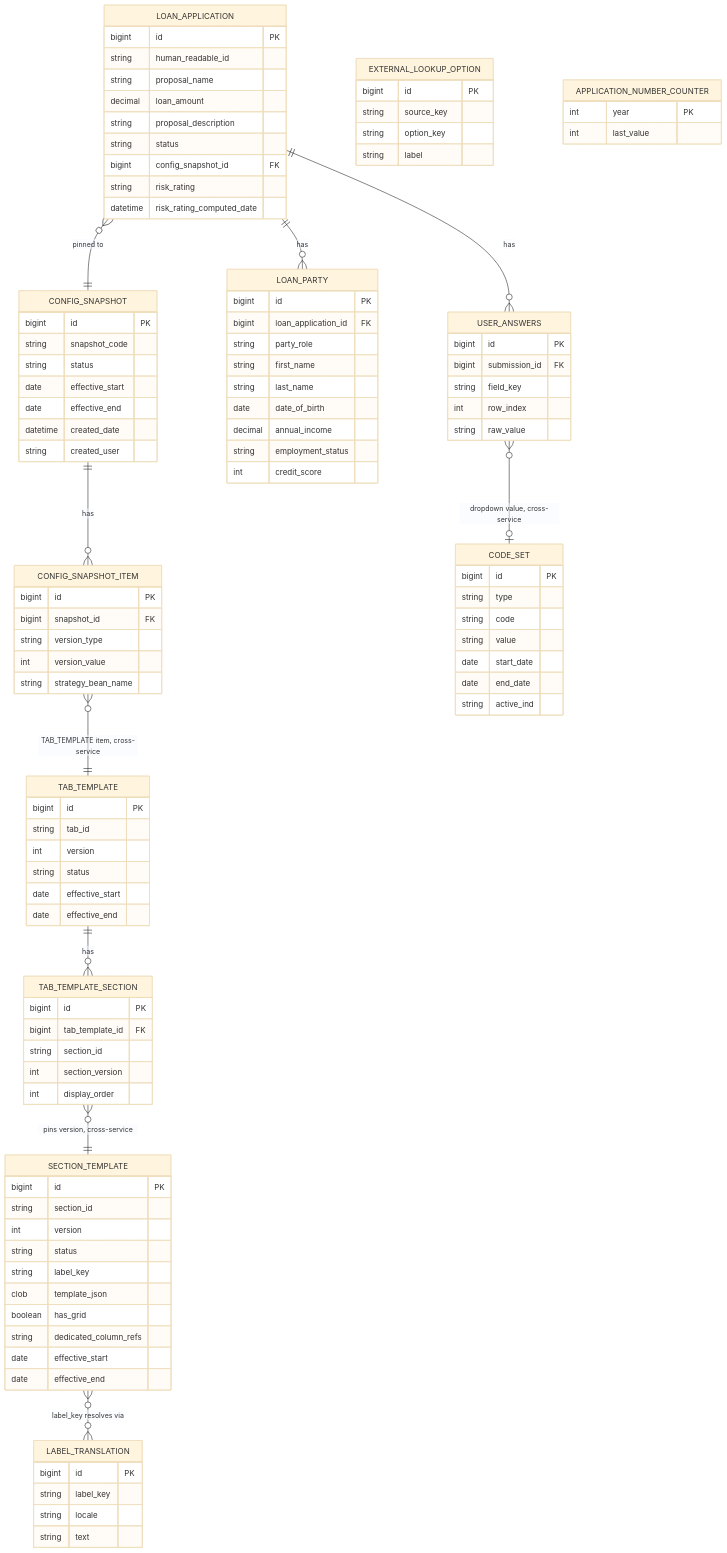
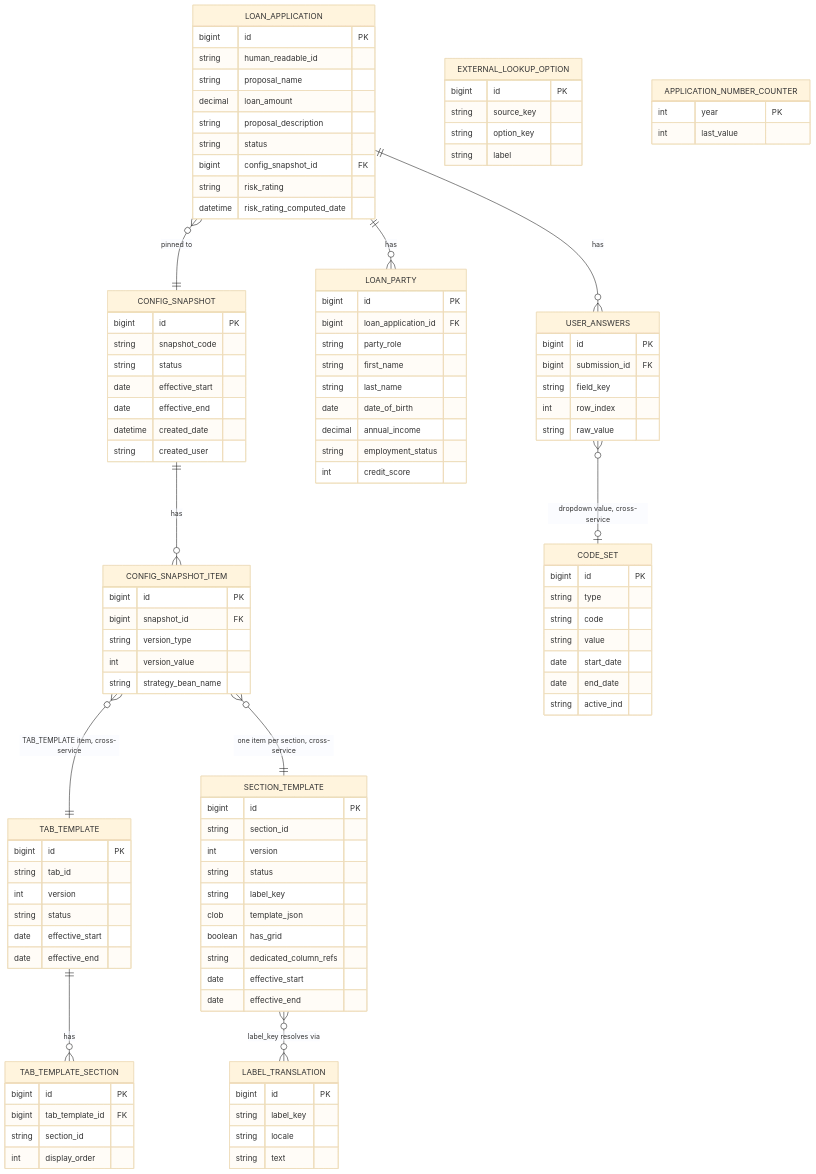
One commit to ksnatha/loan-questionnaire-poc changed the diagram in docs/questionnaire-poc-architecture.md. Above: the diagram before and after it, drawn with Mermaid (base theme). The commit also changed other lines of this file and 138 other files, not shown here.

````diff
--- a/docs/questionnaire-poc-architecture.md
+++ b/docs/questionnaire-poc-architecture.md
@@ -361,10 +392,10 @@
 ```mermaid
 erDiagram
   TAB_TEMPLATE ||--o{ TAB_TEMPLATE_SECTION : has
-  TAB_TEMPLATE_SECTION }o--|| SECTION_TEMPLATE : "pins version, cross-service"
   SECTION_TEMPLATE }o--o{ LABEL_TRANSLATION : "label_key resolves via"
   CONFIG_SNAPSHOT ||--o{ CONFIG_SNAPSHOT_ITEM : has
   CONFIG_SNAPSHOT_ITEM }o--|| TAB_TEMPLATE : "TAB_TEMPLATE item, cross-service"
+  CONFIG_SNAPSHOT_ITEM }o--|| SECTION_TEMPLATE : "one item per section, cross-service"
   LOAN_APPLICATION }o--|| CONFIG_SNAPSHOT : "pinned to"
   LOAN_APPLICATION ||--o{ LOAN_PARTY : has
   LOAN_APPLICATION ||--o{ USER_ANSWERS : has
@@ -382,7 +413,6 @@
     bigint id PK
     bigint tab_template_id FK
     string section_id
-    int section_version
     int display_order
   }
   SECTION_TEMPLATE {
````
